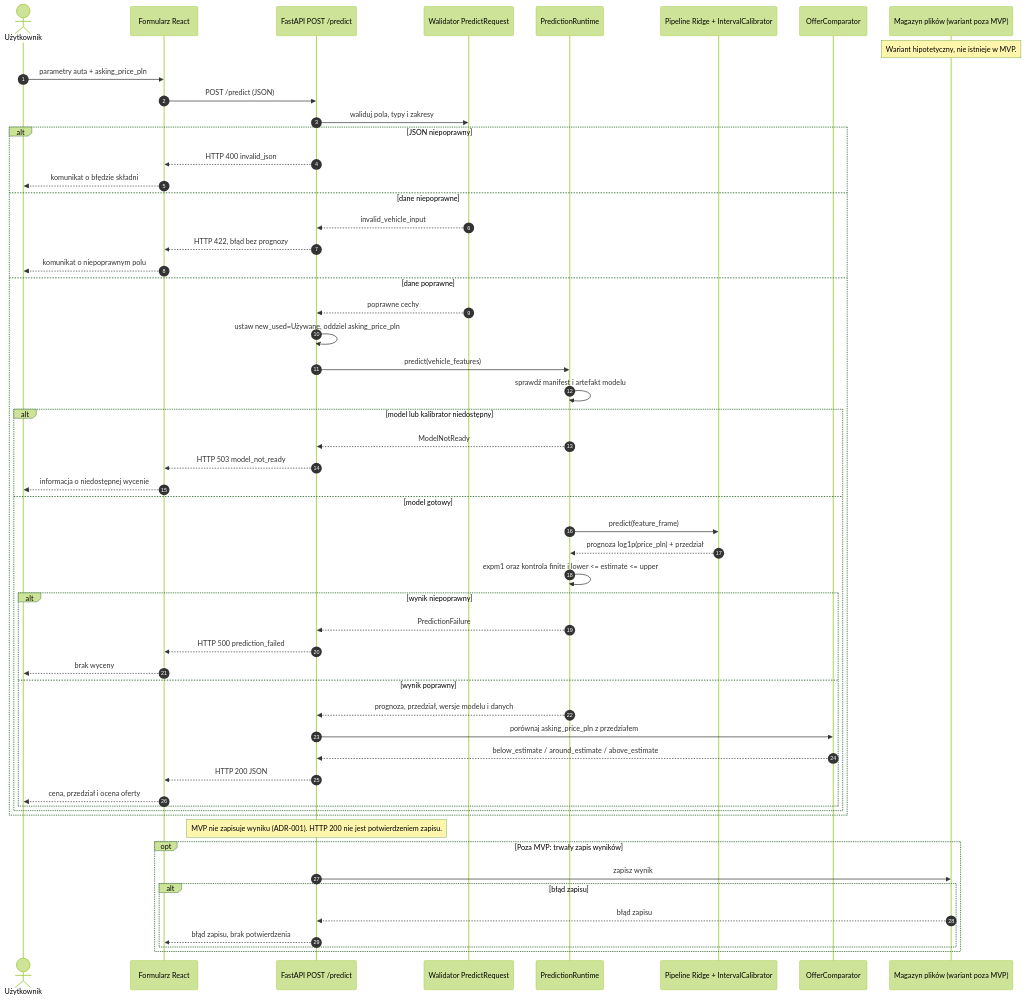
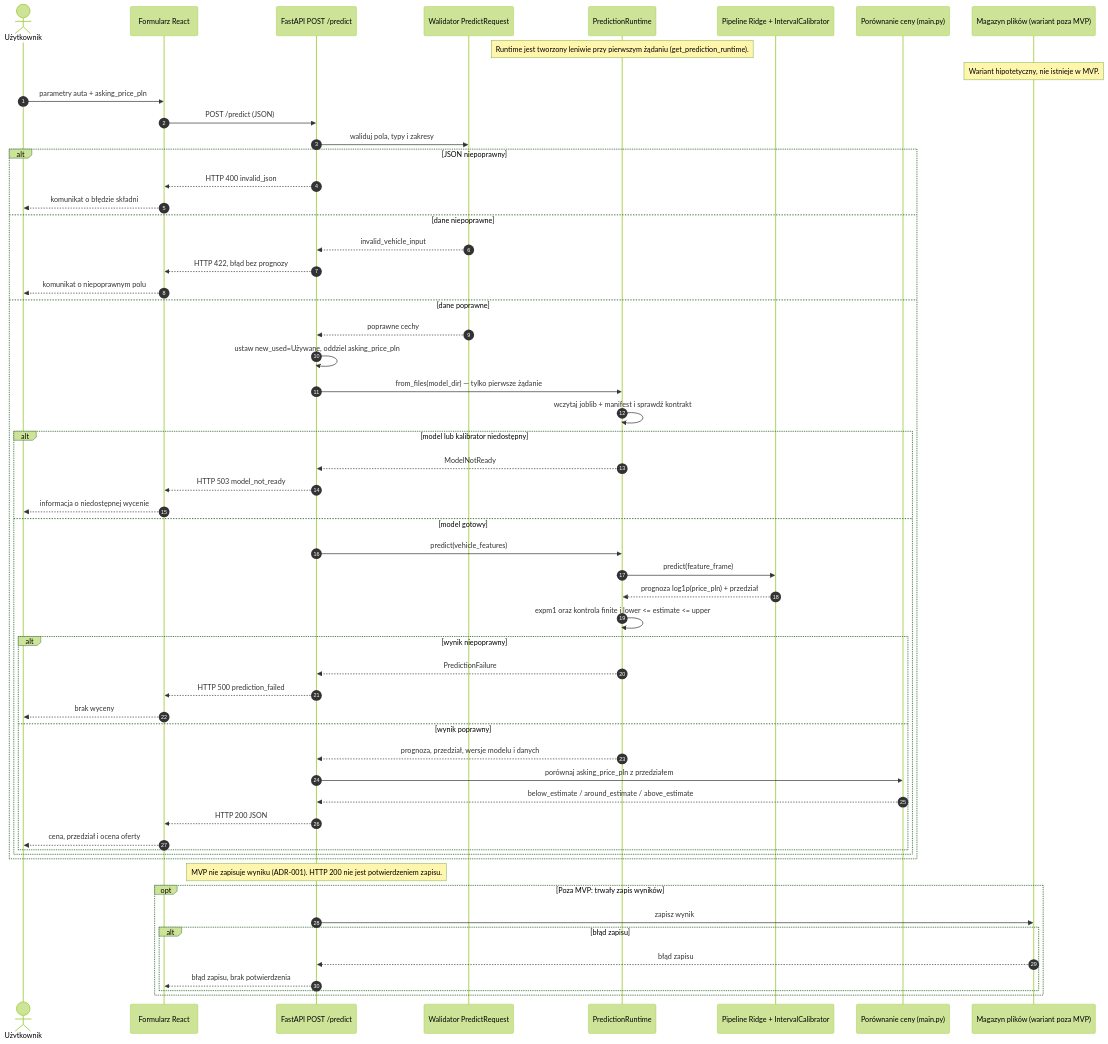
Before and after one commit to kollekka/Marabuty: the diagram in docs/diagrams/sequence.mmd, drawn with Mermaid (forest theme). The commit also changed 4 other files, not shown here.

```diff
--- a/docs/diagrams/sequence.mmd
+++ b/docs/diagrams/sequence.mmd
@@ -1,56 +1,58 @@
 sequenceDiagram
     autonumber
     actor U as Użytkownik
     participant UI as Formularz React
     participant API as FastAPI POST /predict
     participant V as Walidator PredictRequest
     participant R as PredictionRuntime
     participant M as Pipeline Ridge + IntervalCalibrator
-    participant C as OfferComparator
+    participant C as Porównanie ceny (main.py)
     participant FS as Magazyn plików (wariant poza MVP)
 
+    Note over R: Runtime jest tworzony leniwie przy pierwszym żądaniu (get_prediction_runtime).
     Note over FS: Wariant hipotetyczny, nie istnieje w MVP.
     U->>UI: parametry auta + asking_price_pln
     UI->>API: POST /predict (JSON)
     API->>V: waliduj pola, typy i zakresy
     alt JSON niepoprawny
         API-->>UI: HTTP 400 invalid_json
         UI-->>U: komunikat o błędzie składni
     else dane niepoprawne
         V-->>API: invalid_vehicle_input
         API-->>UI: HTTP 422, błąd bez prognozy
         UI-->>U: komunikat o niepoprawnym polu
     else dane poprawne
         V-->>API: poprawne cechy
         API->>API: ustaw new_used=Używane, oddziel asking_price_pln
-        API->>R: predict(vehicle_features)
-        R->>R: sprawdź manifest i artefakt modelu
+        API->>R: from_files(model_dir) — tylko pierwsze żądanie
+        R->>R: wczytaj joblib + manifest i sprawdź kontrakt
         alt model lub kalibrator niedostępny
             R-->>API: ModelNotReady
             API-->>UI: HTTP 503 model_not_ready
             UI-->>U: informacja o niedostępnej wycenie
         else model gotowy
+            API->>R: predict(vehicle_features)
             R->>M: predict(feature_frame)
             M-->>R: prognoza log1p(price_pln) + przedział
             R->>R: expm1 oraz kontrola finite i lower <= estimate <= upper
             alt wynik niepoprawny
                 R-->>API: PredictionFailure
                 API-->>UI: HTTP 500 prediction_failed
                 UI-->>U: brak wyceny
             else wynik poprawny
                 R-->>API: prognoza, przedział, wersje modelu i danych
                 API->>C: porównaj asking_price_pln z przedziałem
                 C-->>API: below_estimate / around_estimate / above_estimate
                 API-->>UI: HTTP 200 JSON
                 UI-->>U: cena, przedział i ocena oferty
             end
         end
     end
     Note over API: MVP nie zapisuje wyniku (ADR-001). HTTP 200 nie jest potwierdzeniem zapisu.
     opt Poza MVP: trwały zapis wyników
         API->>FS: zapisz wynik
         alt błąd zapisu
             FS-->>API: błąd zapisu
             API-->>UI: błąd zapisu, brak potwierdzenia
         end
     end
```
